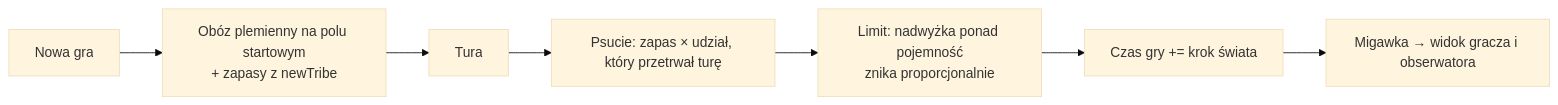
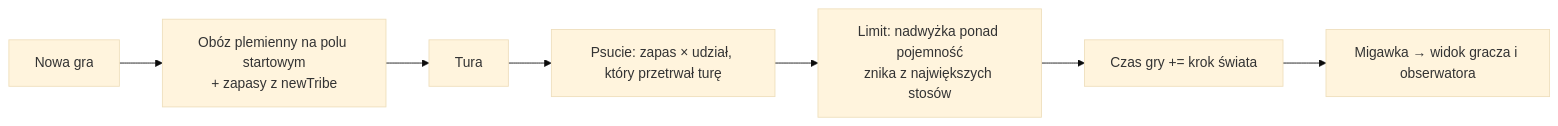
Before and after one commit to CoStellar/CivSim2: the diagram in docs/systems/settlements-storage.md, drawn with Mermaid (base theme). The commit also changed other lines of this file and 8 other files, not shown here.

````diff
--- a/docs/systems/settlements-storage.md
+++ b/docs/systems/settlements-storage.md
@@ -16,9 +22,9 @@
 ```mermaid
 flowchart LR
   N["Nowa gra"] --> C["Obóz plemienny na polu startowym<br/>+ zapasy z newTribe"]
   C --> T["Tura"]
   T --> S["Psucie: zapas × udział, który przetrwał turę"]
-  S --> L["Limit: nadwyżka ponad pojemność<br/>znika proporcjonalnie"]
+  S --> L["Limit: nadwyżka ponad pojemność<br/>znika z największych stosów"]
   L --> M["Czas gry += krok świata"]
   M --> V["Migawka → widok gracza i obserwatora"]
 ```
````
